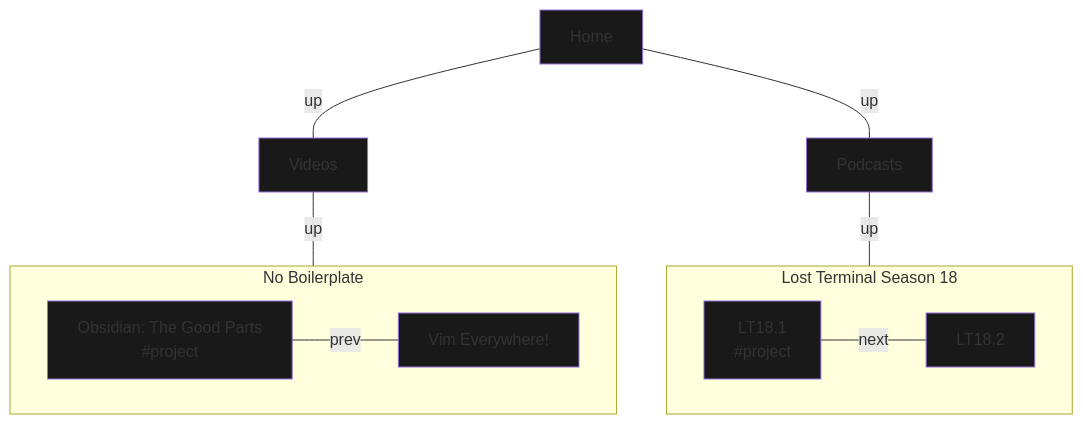
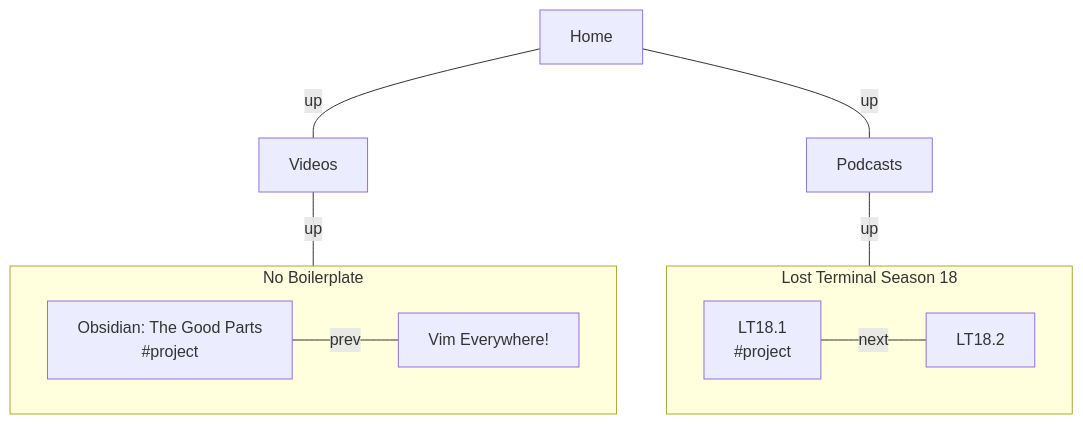
The second of 4 diagrams in src/site/notes/No Boilerplate/NB43 - Obsidian The Good Parts.md (NamtaoProductions/namtao-com), drawn with Mermaid before and after one commit. The commit also changed other lines of this file, not shown here.

````diff
--- a/src/site/notes/No Boilerplate/NB43 - Obsidian The Good Parts.md
+++ b/src/site/notes/No Boilerplate/NB43 - Obsidian The Good Parts.md
@@ -482,18 +482,17 @@
 ```mermaid
 flowchart TD;
-classDef default fill:#191919,stroke:#9370DB
 
 Home ---|up| Videos  ---|up| NB
 Home ---|up| Podcasts ---|up| S16
 
 subgraph S16[Lost Terminal Season 18]
 direction LR
     LT18.1[LT18.1\n #project] ---|next| LT18.2
 end
 
 subgraph NB[No Boilerplate]
     direction LR
     Obsidian_Video[Obsidian: The Good Parts\n #project] ---|prev| Vim_Everywhere[Vim Everywhere!]
 end
 
 ```
````
